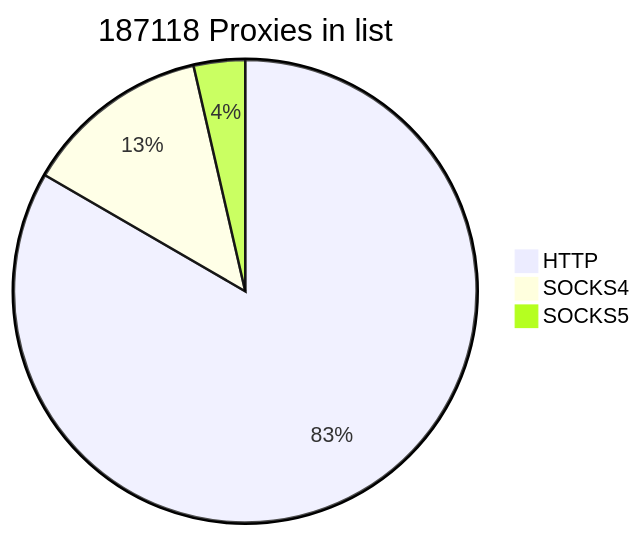
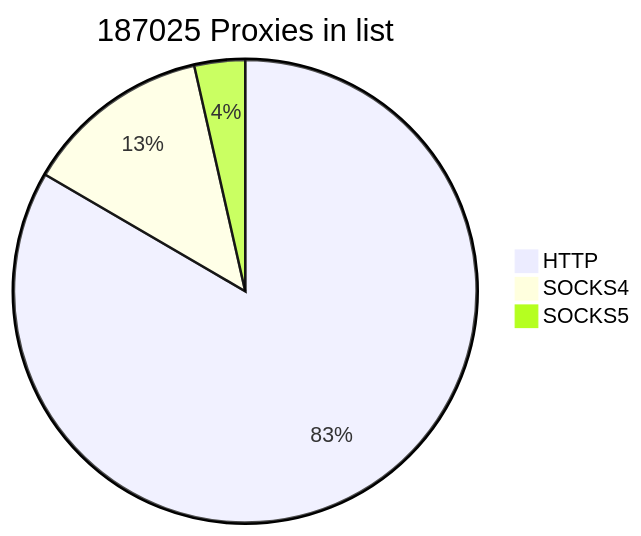
The first of 2 diagrams in README.md (cutipu/proxylist), drawn with Mermaid before and after one commit. The commit also changed other lines of this file, not shown here.

````diff
--- a/README.md
+++ b/README.md
@@ -2,7 +2,7 @@
 ```mermaid
-pie title 187118 Proxies in list
+pie title 187025 Proxies in list
     "HTTP" : 155988
-    "SOCKS4" : 24414
-    "SOCKS5" : 6716
+    "SOCKS4" : 24413
+    "SOCKS5" : 6624
             
 ```
````
